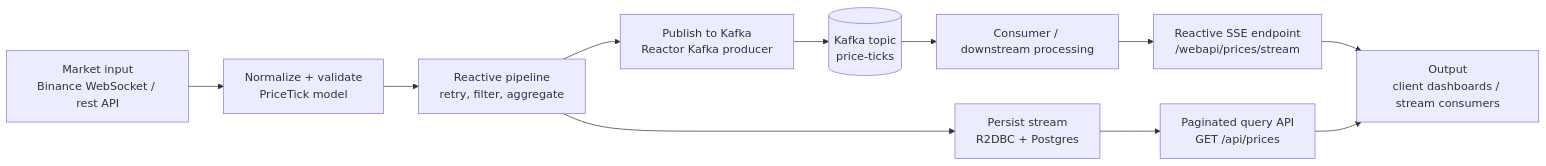
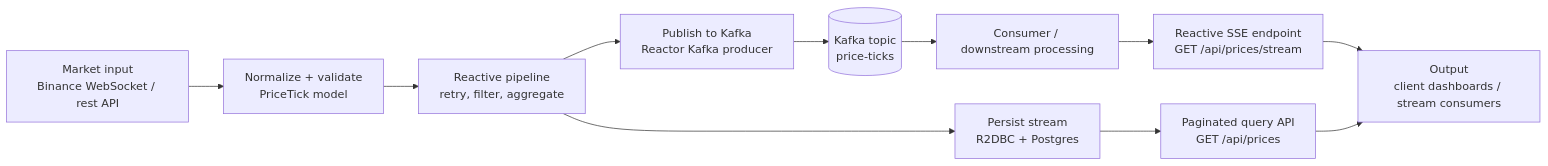
One commit to tdutra-dev/kotlin-market-scanner changed the diagram in README.md. Above: the diagram before and after it, drawn with Mermaid. The commit also changed other lines of this file, not shown here.

First line of the commit message:
docs(readme): add end-to-end data flow section

````diff
--- a/README.md
+++ b/README.md
@@ -7,13 +7,13 @@
 ```mermaid
 flowchart LR
     A[Market input\nBinance WebSocket / rest API] --> B[Normalize + validate\nPriceTick model]
     B --> C[Reactive pipeline\nretry, filter, aggregate]
     C --> D[Persist stream\nR2DBC + Postgres]
     C --> E[Publish to Kafka\nReactor Kafka producer]
     E --> F[(Kafka topic\nprice-ticks)]
     F --> G[Consumer / downstream processing]
-    G --> H[Reactive SSE endpoint\n/webapi/prices/stream]
+    G --> H[Reactive SSE endpoint\nGET /api/prices/stream]
     D --> I[Paginated query API\nGET /api/prices]
     H --> J[Output\nclient dashboards / stream consumers]
     I --> J
 ```
````
